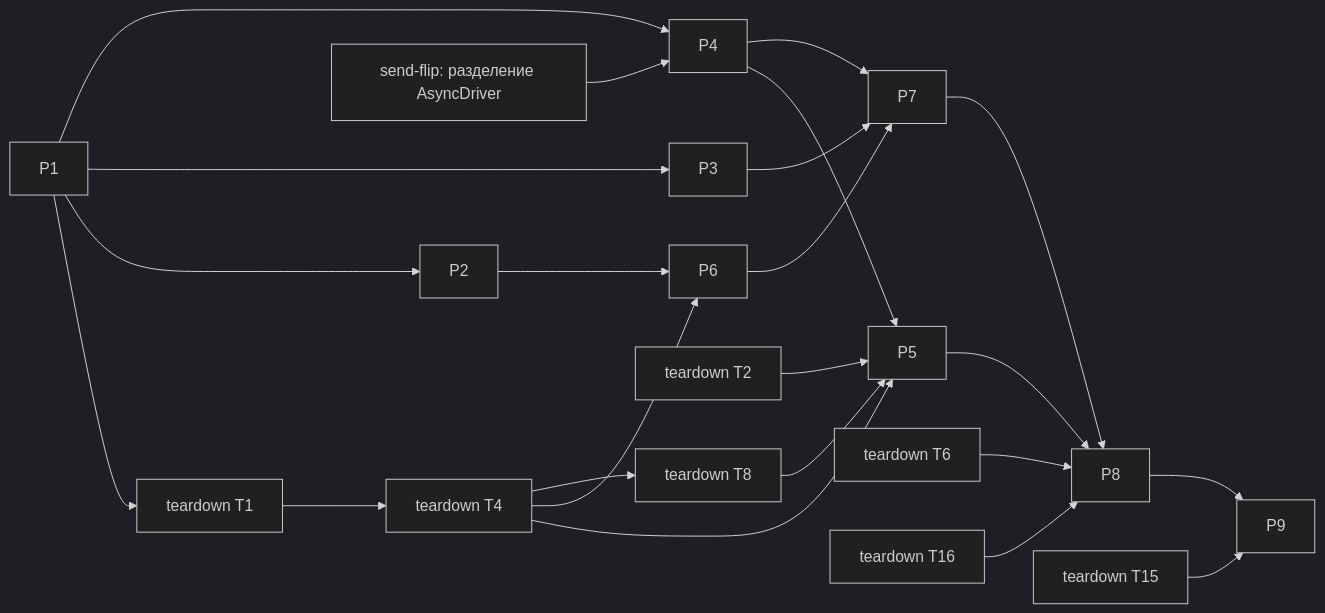
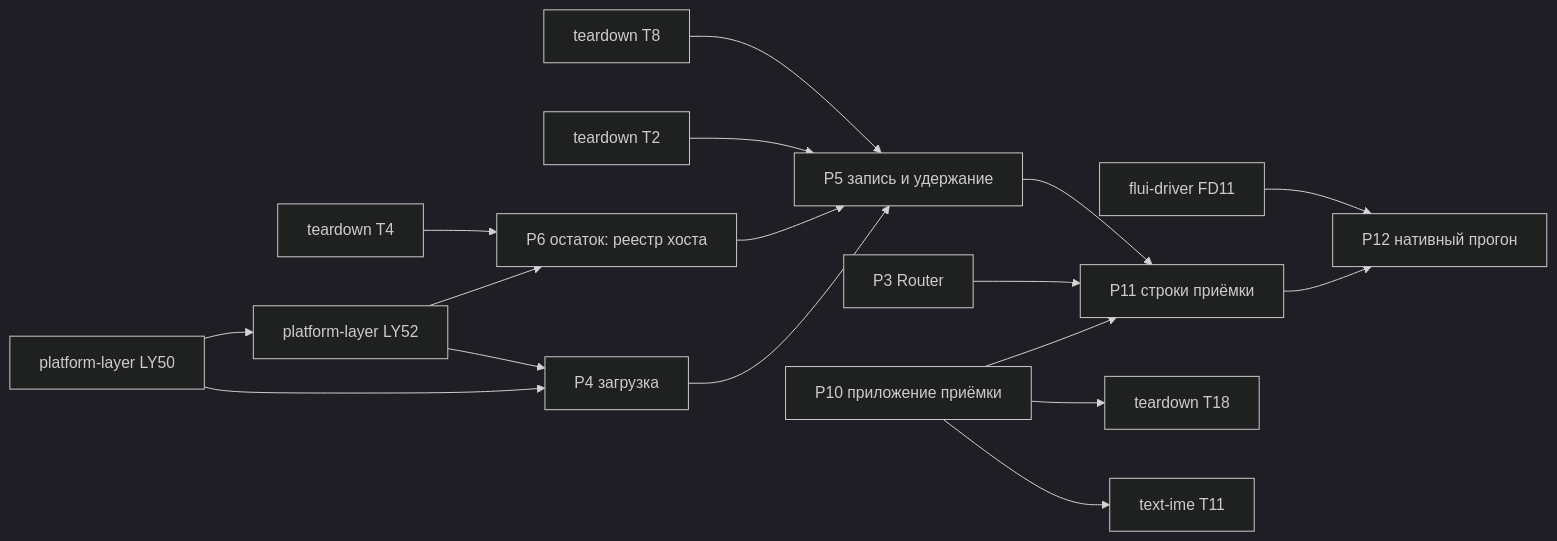
One commit to vanyastaff/flui changed the diagram in docs/plans/specs/persistence/tasks.md. Above: the diagram before and after it, drawn with Mermaid (dark theme). The commit also changed other lines of this file and 12 other files, not shown here.

First line of the commit message:
docs: rewrite the send-flip, text-ime, teardown and persistence plans

````diff
--- a/docs/plans/specs/persistence/tasks.md
+++ b/docs/plans/specs/persistence/tasks.md
@@ -26,12 +29,12 @@
 ```mermaid
 graph LR
-  P1 --> TD1["teardown T1"]
-  P1 --> P2 & P3 & P4
-  SF["send-flip: разделение AsyncDriver"] --> P4
-  P4 & TD4["teardown T4"] & TD8["teardown T8"] & TD2["teardown T2"] --> P5
-  P2 & TD4 --> P6
-  P3 & P4 & P6 --> P7
-  P5 & P7 & TD6["teardown T6"] & TD16["teardown T16"] --> P8
-  P8 & TD15["teardown T15"] --> P9
-  TD1 --> TD4 --> TD8
+  P3["P3 Router"]
+  P10["P10 приложение приёмки"]
+  LY50["platform-layer LY50"] --> LY52["platform-layer LY52"]
+  LY52 & TD4["teardown T4"] --> P6["P6 остаток: реестр хоста"]
+  LY50 & LY52 --> P4["P4 загрузка"]
+  P4 & P6 & TD2["teardown T2"] & TD8["teardown T8"] --> P5["P5 запись и удержание"]
+  P10 & P3 & P5 --> P11["P11 строки приёмки"]
+  P11 & FD11["flui-driver FD11"] --> P12["P12 нативный прогон"]
+  P10 --> TD18["teardown T18"] & TI11["text-ime T11"]
 ```
````
